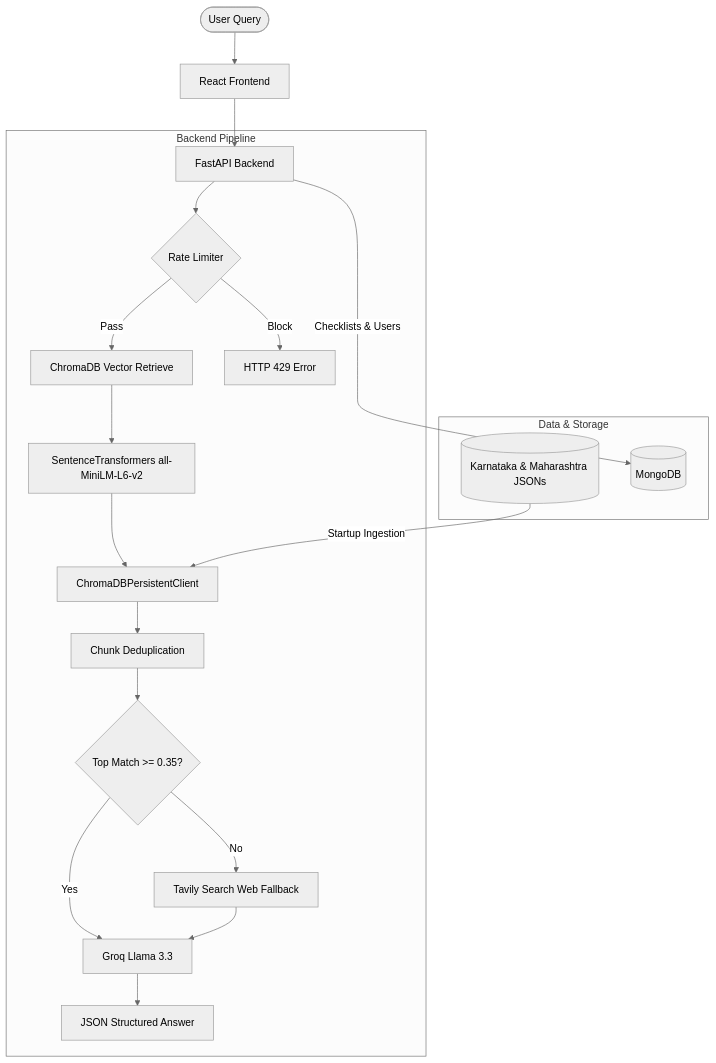
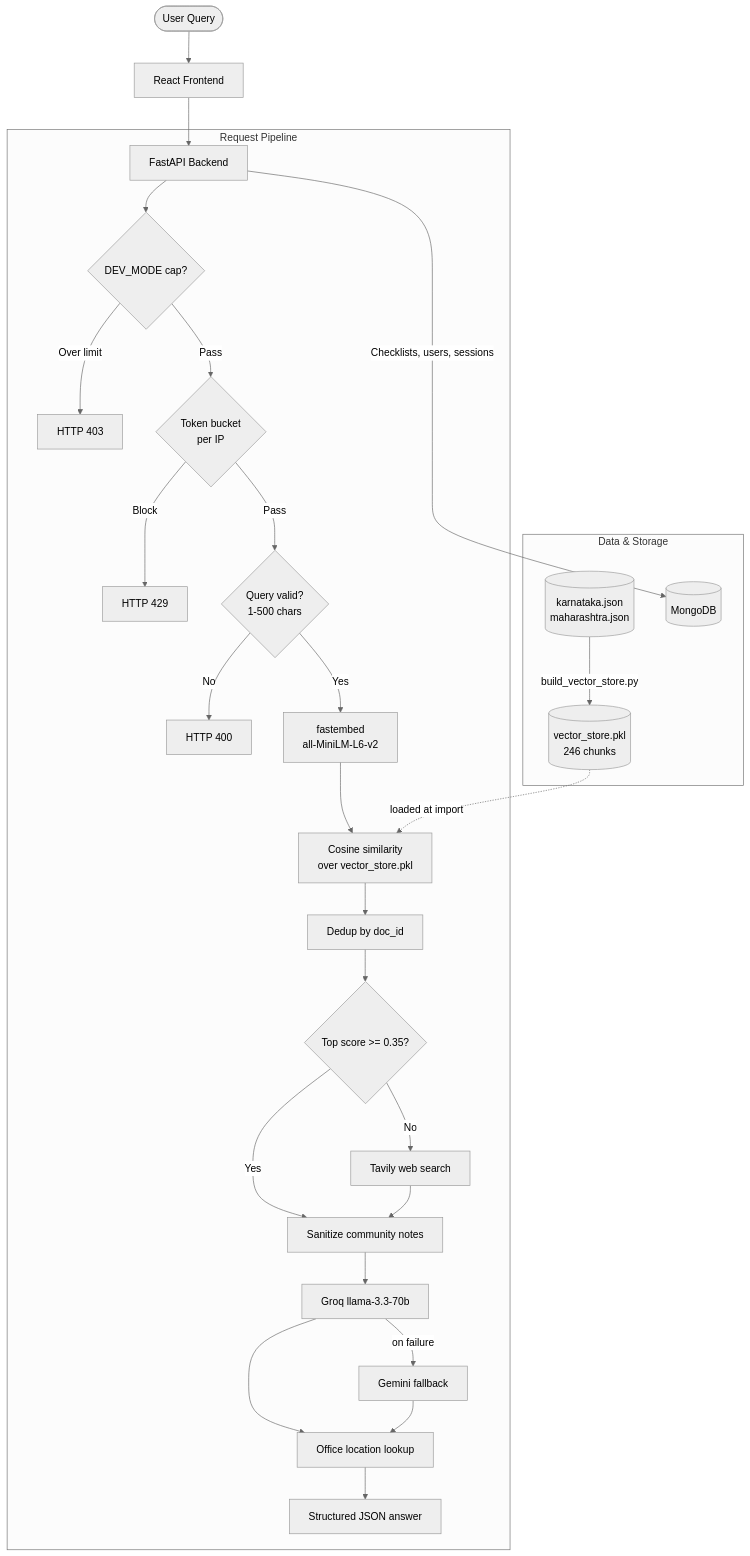
Before and after one commit to kryptonxD/PaperTrail: the diagram in docs/architecture.md, drawn with Mermaid (neutral theme). The commit also changed other lines of this file and 5 other files, not shown here.

````diff
--- a/docs/architecture.md
+++ b/docs/architecture.md
@@ -5,29 +7,37 @@
 ```mermaid
 graph TD
     User([User Query]) --> FE[React Frontend]
     FE --> BE[FastAPI Backend]
-    
-    subgraph Backend Pipeline
-        BE --> RateLimit{Rate Limiter}
-        RateLimit -->|Pass| Retrieve[ChromaDB Vector Retrieve]
-        RateLimit -->|Block| Err429[HTTP 429 Error]
-        
-        Retrieve --> QueryEmb[SentenceTransformers all-MiniLM-L6-v2]
-        QueryEmb --> VectorQuery[ChromaDBPersistentClient]
-        VectorQuery --> Dedup[Chunk Deduplication]
-        
-        Dedup --> CheckScore{Top Match >= 0.35?}
-        CheckScore -->|Yes| LLM[Groq Llama 3.3]
-        CheckScore -->|No| Tavily[Tavily Search Web Fallback]
-        Tavily --> LLM
-        
-        LLM --> GenResponse[JSON Structured Answer]
+
+    subgraph Request Pipeline
+        BE --> DevCap{DEV_MODE cap?}
+        DevCap -->|Over limit| Err403[HTTP 403]
+        DevCap -->|Pass| RateLimit{Token bucket<br/>per IP}
+        RateLimit -->|Block| Err429[HTTP 429]
+        RateLimit -->|Pass| Validate{Query valid?<br/>1-500 chars}
+        Validate -->|No| Err400[HTTP 400]
+        Validate -->|Yes| QueryEmb[fastembed<br/>all-MiniLM-L6-v2]
+
+        QueryEmb --> Retrieve[Cosine similarity<br/>over vector_store.pkl]
+        Retrieve --> Dedup[Dedup by doc_id]
+
+        Dedup --> CheckScore{Top score >= 0.35?}
+        CheckScore -->|No| Tavily[Tavily web search]
+        CheckScore -->|Yes| Sanitize[Sanitize community notes]
+        Tavily --> Sanitize
+
+        Sanitize --> LLM[Groq llama-3.3-70b]
+        LLM -->|on failure| Gemini[Gemini fallback]
+        LLM --> Loc[Office location lookup]
+        Gemini --> Loc
+        Loc --> GenResponse[Structured JSON answer]
     end
-    
+
     subgraph Data & Storage
-        ALL_DOCS[(Karnataka & Maharashtra JSONs)]
-        ALL_DOCS -->|Startup Ingestion| VectorQuery
+        ALL_DOCS[(karnataka.json<br/>maharashtra.json)]
+        ALL_DOCS -->|build_vector_store.py| VS[(vector_store.pkl<br/>246 chunks)]
+        VS -.loaded at import.-> Retrieve
         MongoDB[(MongoDB)]
-        BE -->|Checklists & Users| MongoDB
+        BE -->|Checklists, users, sessions| MongoDB
     end
 ```
````
